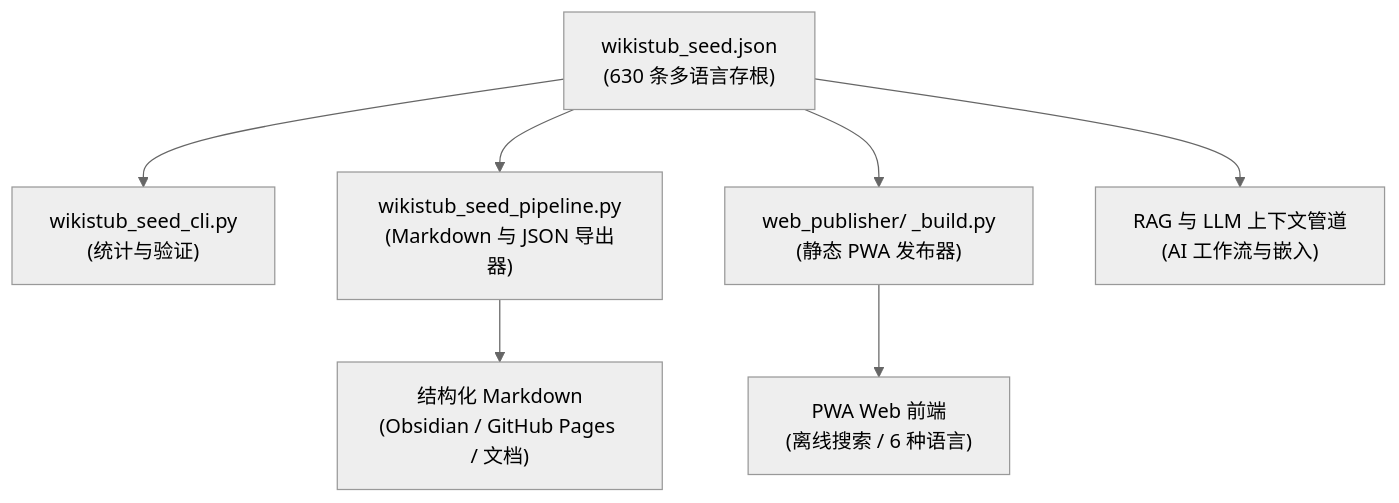
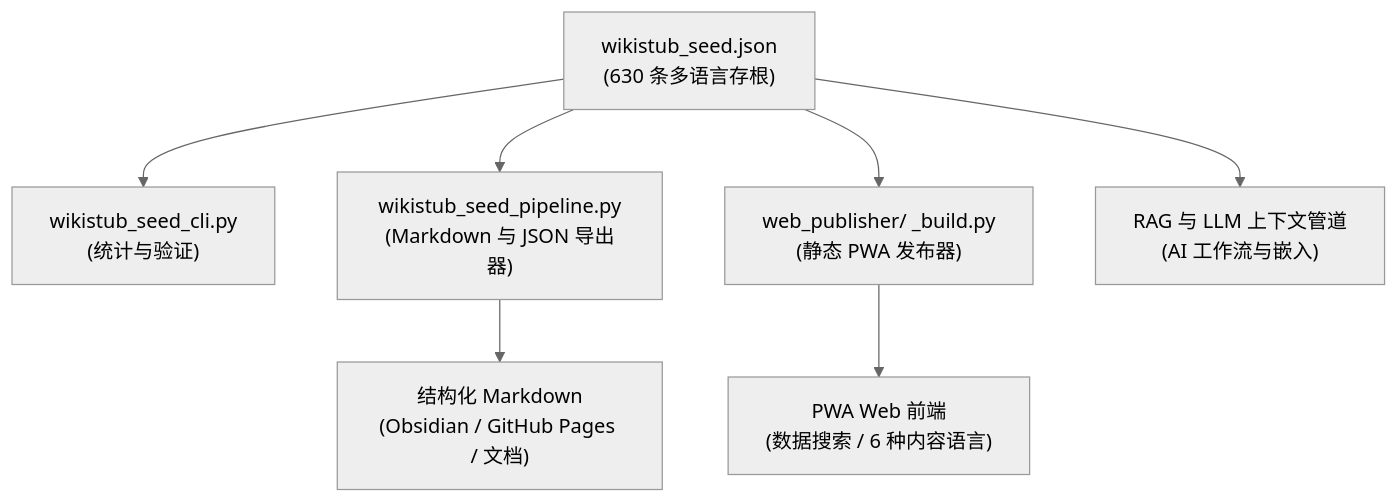
The diagram in README_zh-Hans.md (dev-bricks/WikiStub-Seed), drawn with Mermaid (neutral theme) before and after one commit. The commit also changed other lines of this file and 32 other files, not shown here.

````diff
--- a/README_zh-Hans.md
+++ b/README_zh-Hans.md
@@ -50,9 +43,9 @@
 ```mermaid
 flowchart TD
     A["wikistub_seed.json<br/>(630 条多语言存根)"] --> B["wikistub_seed_cli.py<br/>(统计与验证)"]
     A --> C["wikistub_seed_pipeline.py<br/>(Markdown 与 JSON 导出器)"]
     A --> D["web_publisher/ _build.py<br/>(静态 PWA 发布器)"]
     A --> E["RAG 与 LLM 上下文管道<br/>(AI 工作流与嵌入)"]
     C --> F["结构化 Markdown<br/>(Obsidian / GitHub Pages / 文档)"]
-    D --> G["PWA Web 前端<br/>(离线搜索 / 6 种语言)"]
+    D --> G["PWA Web 前端<br/>(数据搜索 / 6 种内容语言)"]
 ```
````
